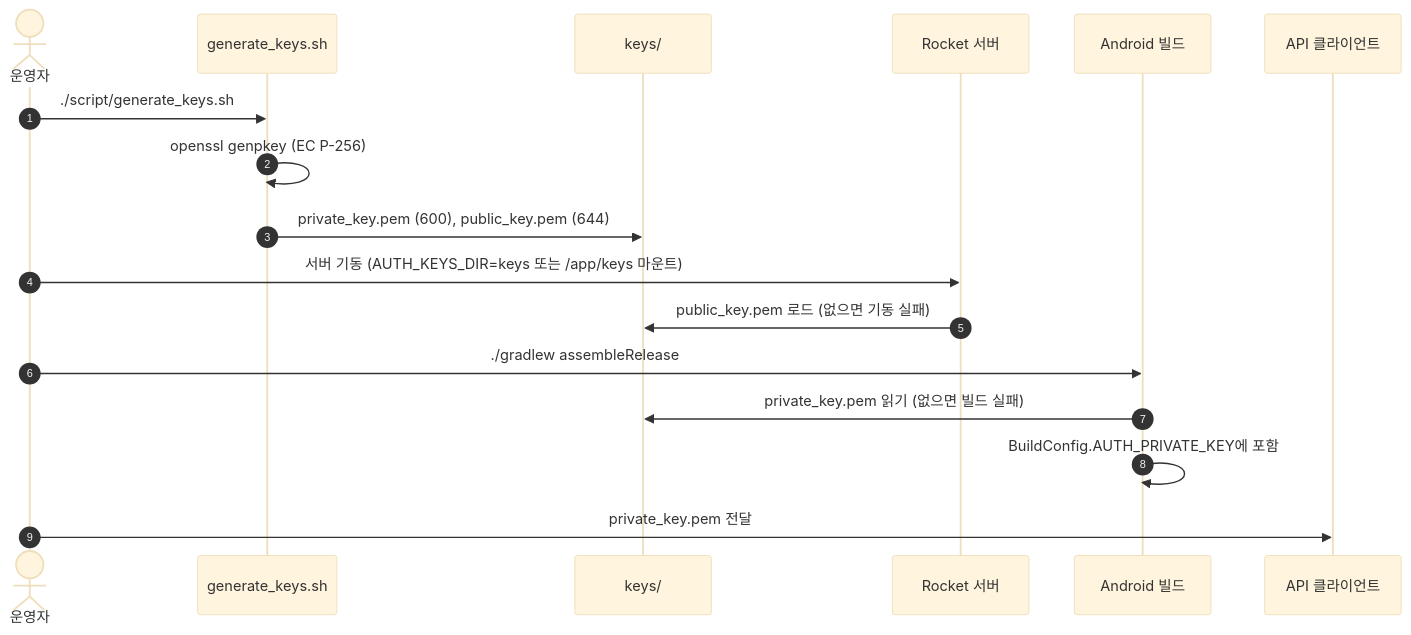
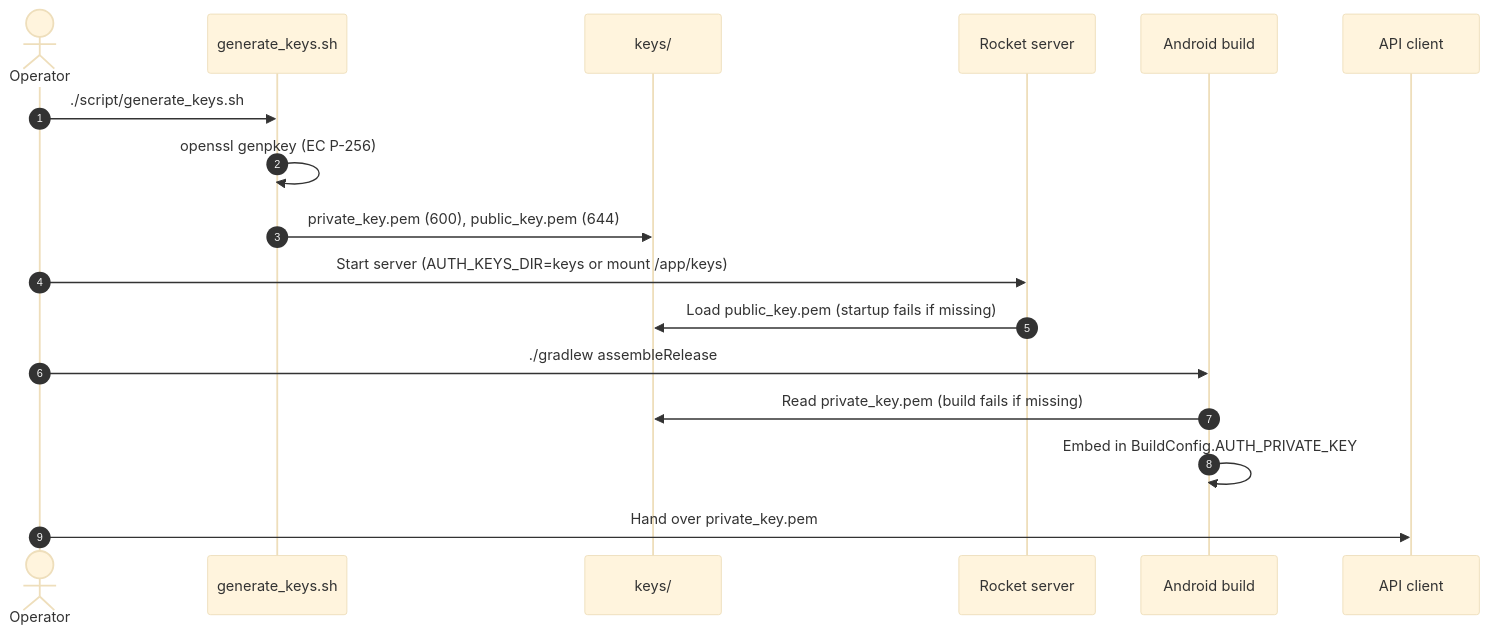
The first of 4 diagrams in sms_transmitter_rocket/jwt_certificate.md (rouddy/sms_transmitter), drawn with Mermaid (base theme) before and after one commit. The commit also changed other lines of this file and 3 other files, not shown here.

````diff
--- a/sms_transmitter_rocket/jwt_certificate.md
+++ b/sms_transmitter_rocket/jwt_certificate.md
@@ -46,20 +46,20 @@
 ```mermaid
 sequenceDiagram
     autonumber
-    actor Admin as 운영자
+    actor Admin as Operator
     participant Script as generate_keys.sh
     participant Keys as keys/
-    participant Server as Rocket 서버
-    participant Gradle as Android 빌드
-    participant Client as API 클라이언트
+    participant Server as Rocket server
+    participant Gradle as Android build
+    participant Client as API client
 
     Admin->>Script: ./script/generate_keys.sh
     Script->>Script: openssl genpkey (EC P-256)
     Script->>Keys: private_key.pem (600), public_key.pem (644)
-    Admin->>Server: 서버 기동 (AUTH_KEYS_DIR=keys 또는 /app/keys 마운트)
-    Server->>Keys: public_key.pem 로드 (없으면 기동 실패)
+    Admin->>Server: Start server (AUTH_KEYS_DIR=keys or mount /app/keys)
+    Server->>Keys: Load public_key.pem (startup fails if missing)
     Admin->>Gradle: ./gradlew assembleRelease
-    Gradle->>Keys: private_key.pem 읽기 (없으면 빌드 실패)
-    Gradle->>Gradle: BuildConfig.AUTH_PRIVATE_KEY에 포함
-    Admin->>Client: private_key.pem 전달
+    Gradle->>Keys: Read private_key.pem (build fails if missing)
+    Gradle->>Gradle: Embed in BuildConfig.AUTH_PRIVATE_KEY
+    Admin->>Client: Hand over private_key.pem
 ```
````
